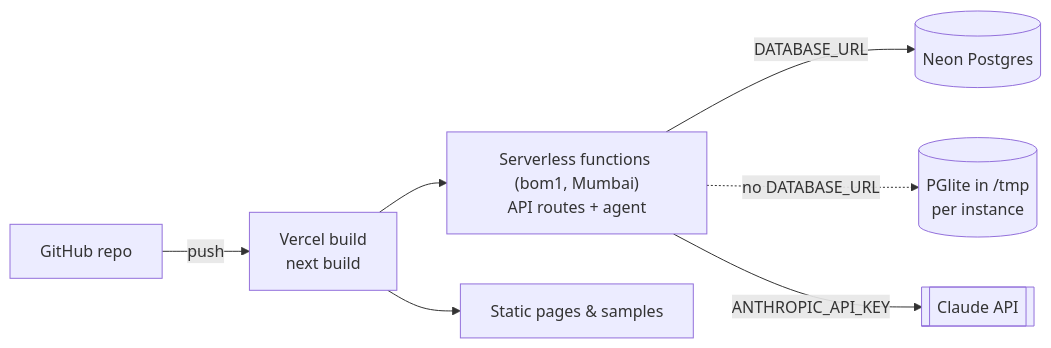
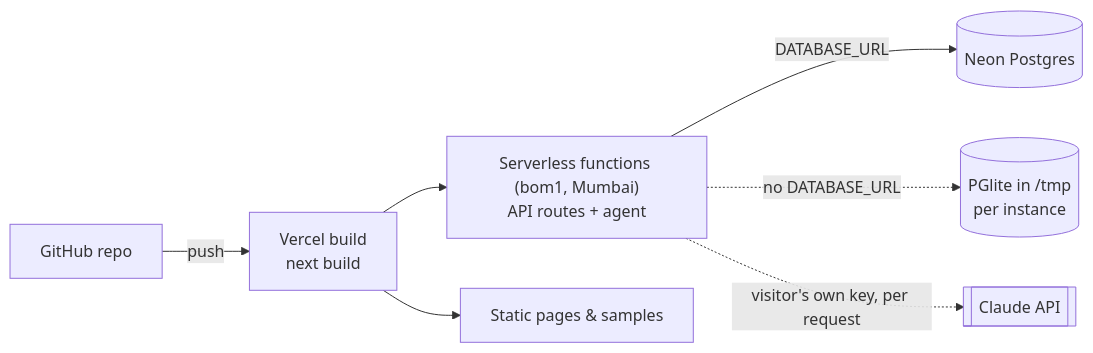
One commit to KumarAnandSingh/NAVO-Agent-that-handles-Onboarding changed the eighth of 8 diagrams in docs/TECHNICAL_DESIGN.md. Above: the diagram before and after it, drawn with Mermaid. The commit also changed other lines of this file and 9 other files, not shown here.

First line of the commit message:
Document the enterprise architecture, security and privacy, cost per onboarding and the API

````diff
--- a/docs/TECHNICAL_DESIGN.md
+++ b/docs/TECHNICAL_DESIGN.md
@@ -532,9 +617,9 @@
 ```mermaid
 flowchart LR
   GH[GitHub repo] -->|push| VC[Vercel build<br/>next build]
   VC --> FN["Serverless functions (bom1, Mumbai)<br/>API routes + agent"]
   VC --> CDN[Static pages & samples]
   FN -->|DATABASE_URL| NEON[(Neon Postgres)]
   FN -.->|no DATABASE_URL| TMP[(PGlite in /tmp<br/>per instance)]
-  FN -->|ANTHROPIC_API_KEY| CL[[Claude API]]
+  FN -.->|"visitor's own key, per request"| CL[[Claude API]]
 ```
````
